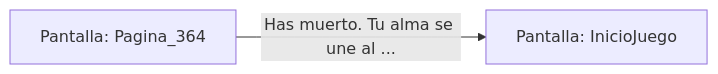
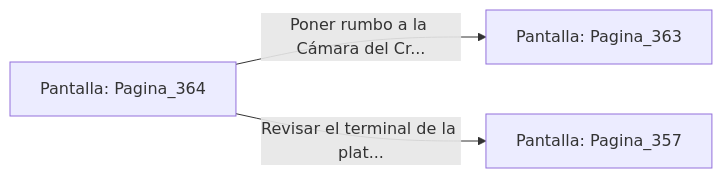
The diagram in sample/eligejuego-vault/Pantalla_Pagina_364.md (metsuke/mpl), drawn with Mermaid before and after one commit. The commit also changed other lines of this file and 635 other files, not shown here.

First line of the commit message:
fix: añadir Pagina_1 como pantalla inicial en capitulo_01.mpl

````diff
--- a/sample/eligejuego-vault/Pantalla_Pagina_364.md
+++ b/sample/eligejuego-vault/Pantalla_Pagina_364.md
@@ -17,5 +22,6 @@
 ```mermaid
 graph LR
     P_Pagina_364["Pantalla: Pagina_364"]
-    P_Pagina_364 -->|"Has muerto. Tu alma se une al ..."| P_InicioJuego["Pantalla: InicioJuego"]
+    P_Pagina_364 -->|"Poner rumbo a la Cámara del Cr..."| P_Pagina_363["Pantalla: Pagina_363"]
+    P_Pagina_364 -->|"Revisar el terminal de la plat..."| P_Pagina_357["Pantalla: Pagina_357"]
 ```
````
